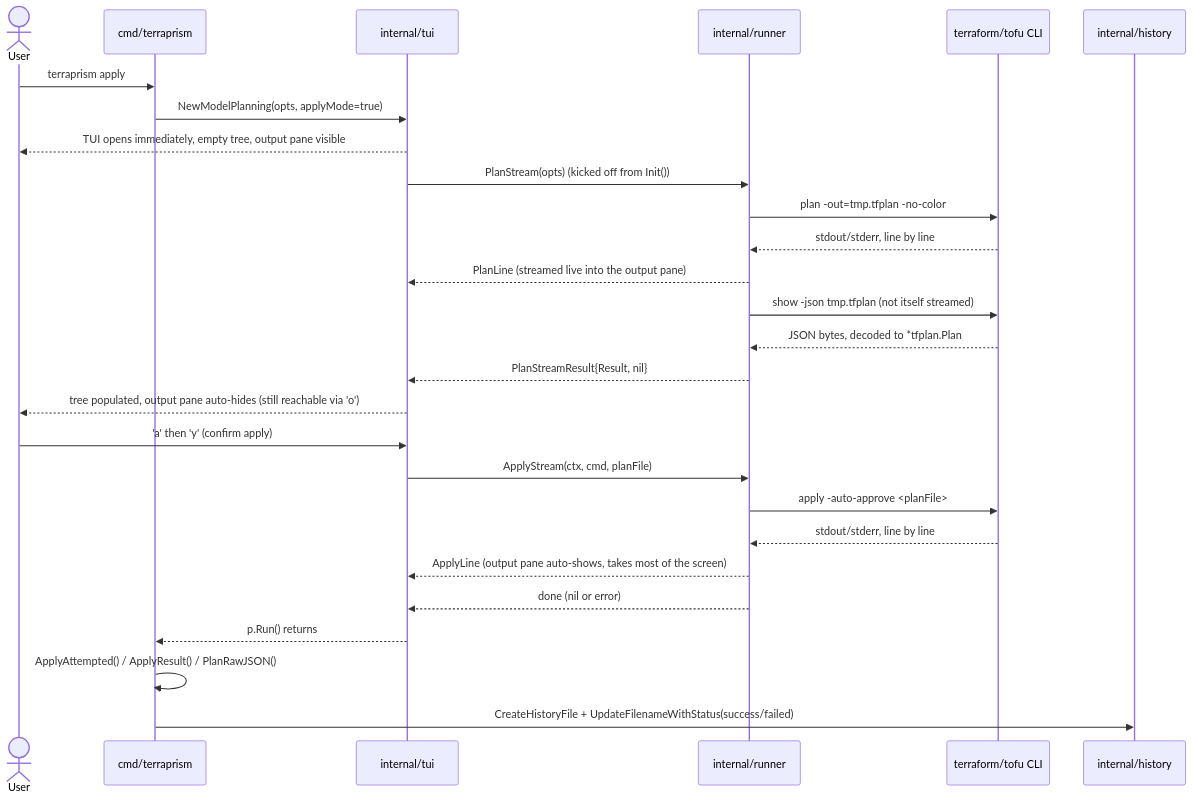
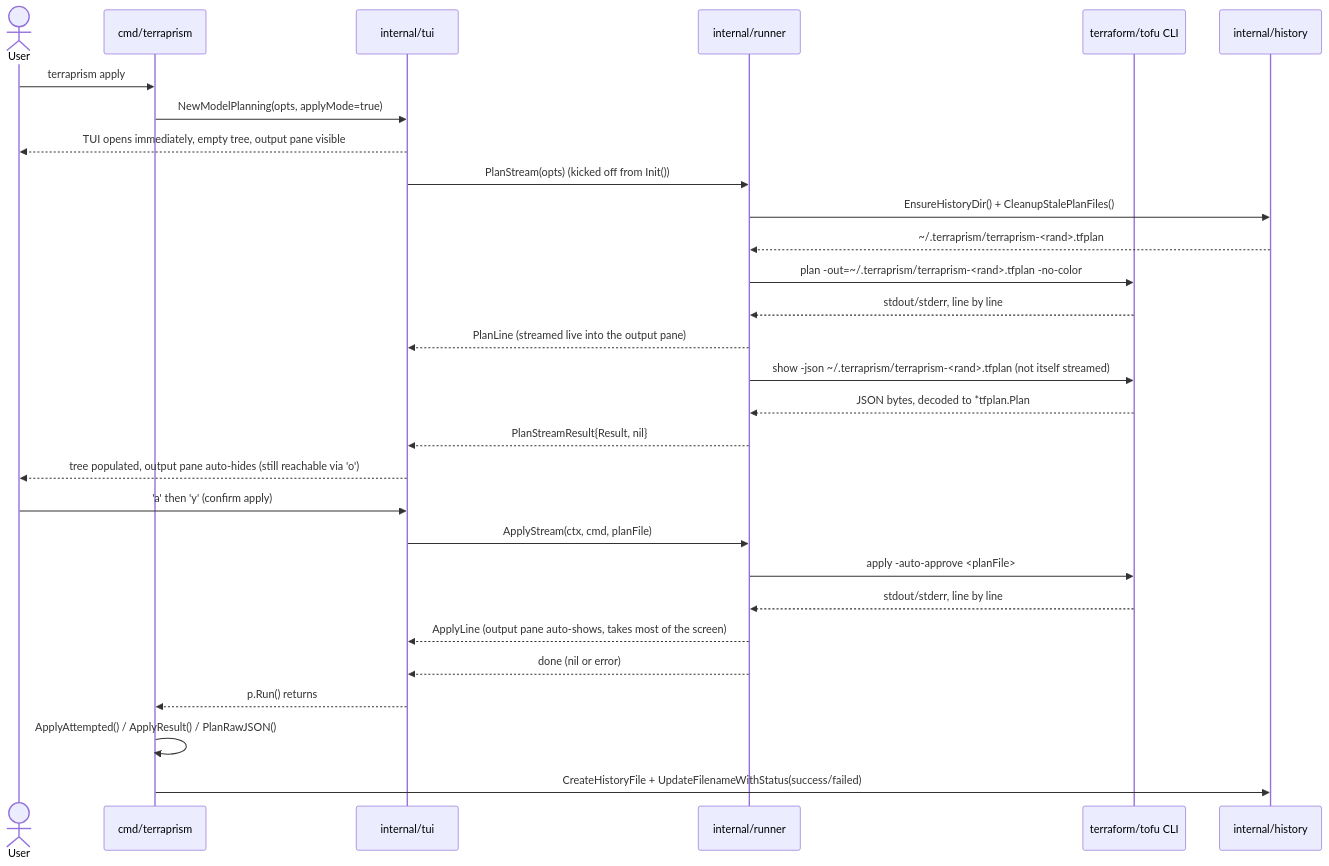
One commit to choovick/terraprism changed the fourth of 7 diagrams in ARCHITECTURE.md. Above: the diagram before and after it, drawn with Mermaid. The commit also changed other lines of this file and 1 other file, not shown here.

First line of the commit message:
docs: document ~/.terraprism/ plan-file storage and stale-file cleanup

````diff
--- a/ARCHITECTURE.md
+++ b/ARCHITECTURE.md
@@ -198,31 +203,33 @@
 ```mermaid
 sequenceDiagram
     actor User
     participant Main as cmd/terraprism
     participant TUI as internal/tui
     participant Runner as internal/runner
     participant TF as terraform/tofu CLI
     participant Hist as internal/history
 
     User->>Main: terraprism apply
     Main->>TUI: NewModelPlanning(opts, applyMode=true)
     TUI-->>User: TUI opens immediately, empty tree, output pane visible
     TUI->>Runner: PlanStream(opts) (kicked off from Init())
-    Runner->>TF: plan -out=tmp.tfplan -no-color
+    Runner->>Hist: EnsureHistoryDir() + CleanupStalePlanFiles()
+    Hist-->>Runner: ~/.terraprism/terraprism-<rand>.tfplan
+    Runner->>TF: plan -out=~/.terraprism/terraprism-<rand>.tfplan -no-color
     TF-->>Runner: stdout/stderr, line by line
     Runner-->>TUI: PlanLine (streamed live into the output pane)
-    Runner->>TF: show -json tmp.tfplan (not itself streamed)
+    Runner->>TF: show -json ~/.terraprism/terraprism-<rand>.tfplan (not itself streamed)
     TF-->>Runner: JSON bytes, decoded to *tfplan.Plan
     Runner-->>TUI: PlanStreamResult{Result, nil}
     TUI-->>User: tree populated, output pane auto-hides (still reachable via 'o')
 
     User->>TUI: 'a' then 'y' (confirm apply)
     TUI->>Runner: ApplyStream(ctx, cmd, planFile)
     Runner->>TF: apply -auto-approve <planFile>
     TF-->>Runner: stdout/stderr, line by line
     Runner-->>TUI: ApplyLine (output pane auto-shows, takes most of the screen)
     Runner-->>TUI: done (nil or error)
     TUI-->>Main: p.Run() returns
     Main->>Main: ApplyAttempted() / ApplyResult() / PlanRawJSON()
     Main->>Hist: CreateHistoryFile + UpdateFilenameWithStatus(success/failed)
 ```
````
